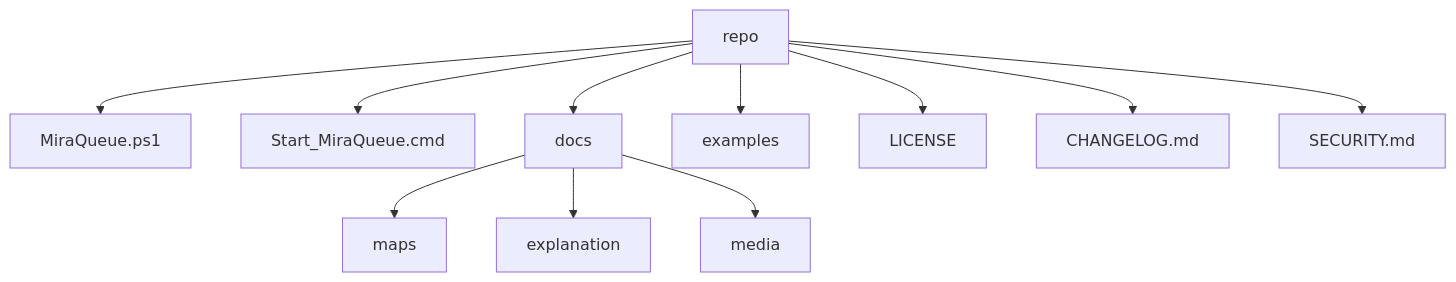
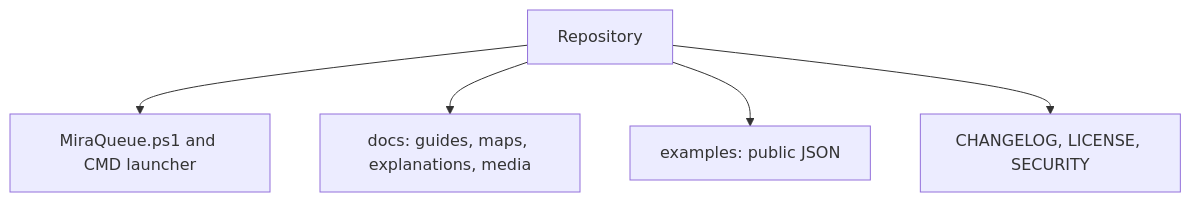
One commit to AMD4x/miraqueue changed the diagram in docs/maps/repository-map.md. Above: the diagram before and after it, drawn with Mermaid. The commit also changed other lines of this file and 41 other files, not shown here.

First line of the commit message:
Release MiraQueue V2.0.0

````diff
--- a/docs/maps/repository-map.md
+++ b/docs/maps/repository-map.md
@@ -3,13 +3,7 @@
 ```mermaid
-graph TD
-  A[repo] --> B[MiraQueue.ps1]
-  A --> C[Start_MiraQueue.cmd]
-  A --> D[docs]
-  A --> E[examples]
-  A --> F[LICENSE]
-  A --> G[CHANGELOG.md]
-  A --> H[SECURITY.md]
-  D --> I[maps]
-  D --> J[explanation]
-  D --> K[media]
+flowchart TD
+  R[Repository] --> A[MiraQueue.ps1 and CMD launcher]
+  R --> D[docs: guides, maps, explanations, media]
+  R --> E[examples: public JSON]
+  R --> H[CHANGELOG, LICENSE, SECURITY]
 ```
````
